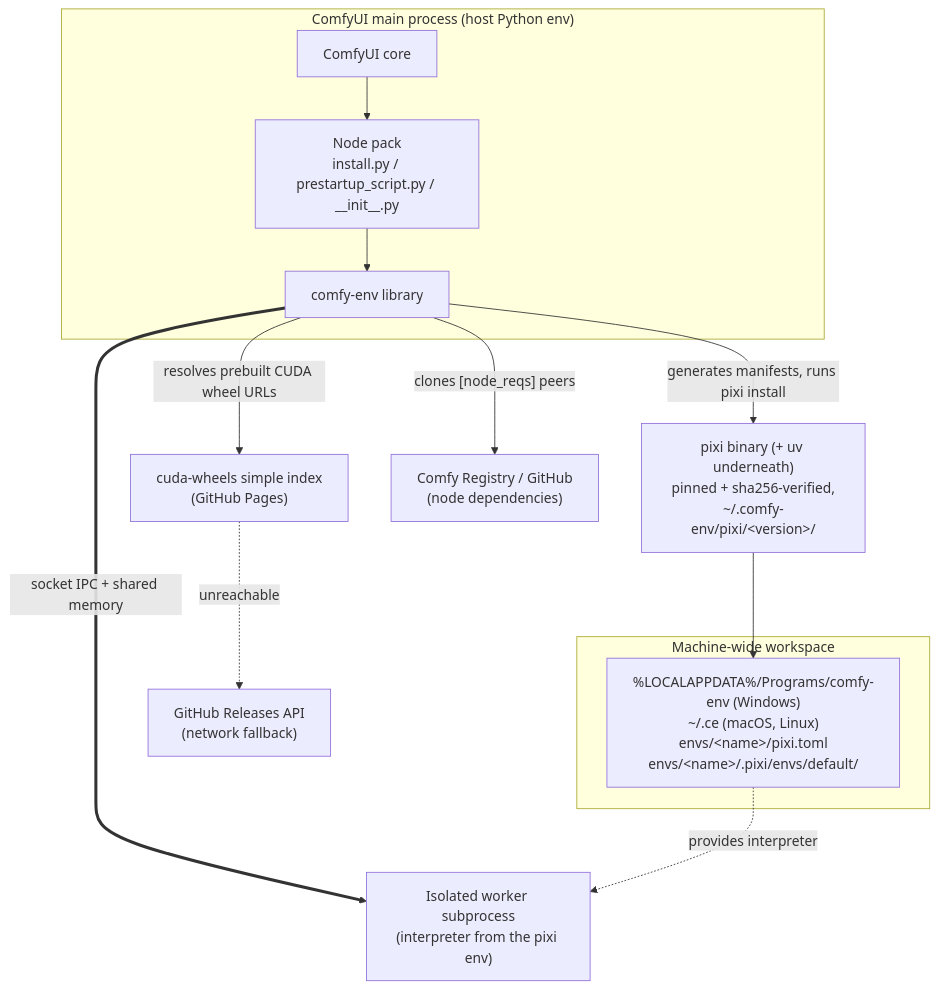
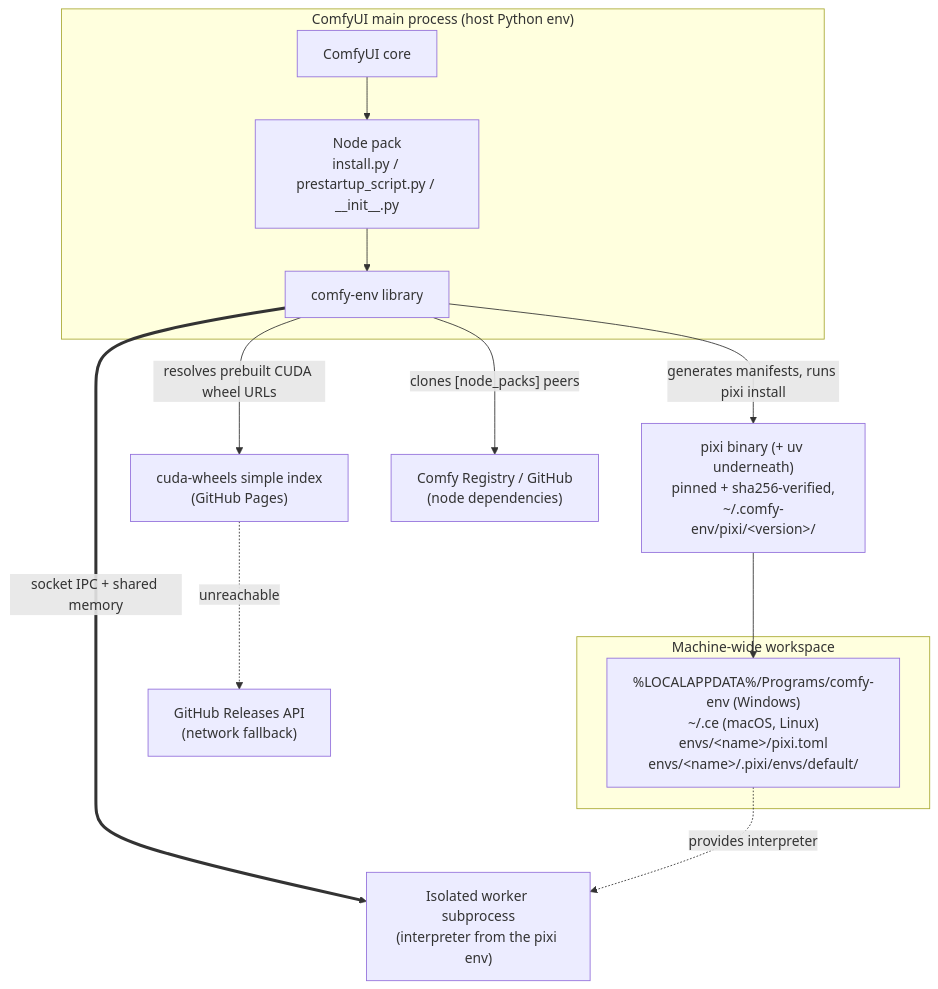
Before and after one commit to Comfy-Forge/comfy-forge-docs: the diagram in docs/comfy-env/index.md, drawn with Mermaid. The commit also changed other lines of this file and 12 other files, not shown here.

First line of the commit message:
Docs: [node_reqs] is now [node_packs]

````diff
--- a/docs/comfy-env/index.md
+++ b/docs/comfy-env/index.md
@@ -172,27 +161,27 @@
 ```mermaid
 flowchart TD
     subgraph host["ComfyUI main process (host Python env)"]
         comfyui["ComfyUI core"]
         pack["Node pack<br/>install.py / prestartup_script.py / __init__.py"]
         ce["comfy-env library"]
         comfyui --> pack --> ce
     end
 
     subgraph ws["Machine-wide workspace"]
         env1["%LOCALAPPDATA%/Programs/comfy-env (Windows)<br/>~/.ce (macOS, Linux)<br/>envs/&lt;name&gt;/pixi.toml<br/>envs/&lt;name&gt;/.pixi/envs/default/"]
     end
 
     worker["Isolated worker subprocess<br/>(interpreter from the pixi env)"]
     pixi["pixi binary (+ uv underneath)<br/>pinned + sha256-verified,<br/>~/.comfy-env/pixi/&lt;version&gt;/"]
     idx["cuda-wheels simple index<br/>(GitHub Pages)"]
     rel["GitHub Releases API<br/>(network fallback)"]
     reg["Comfy Registry / GitHub<br/>(node dependencies)"]
 
     ce -->|"generates manifests, runs pixi install"| pixi
     pixi --> env1
     ce -->|"resolves prebuilt CUDA wheel URLs"| idx
     idx -.->|"unreachable"| rel
-    ce -->|"clones [node_reqs] peers"| reg
+    ce -->|"clones [node_packs] peers"| reg
     ce ==>|"socket IPC + shared memory"| worker
     env1 -.->|"provides interpreter"| worker
 ```
````
